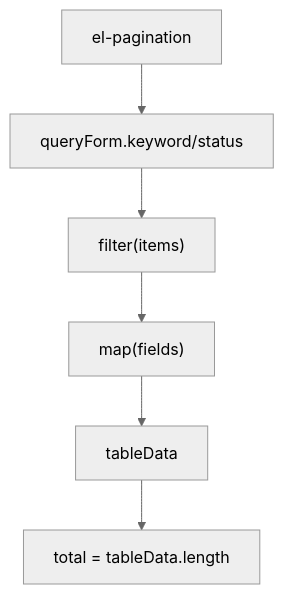
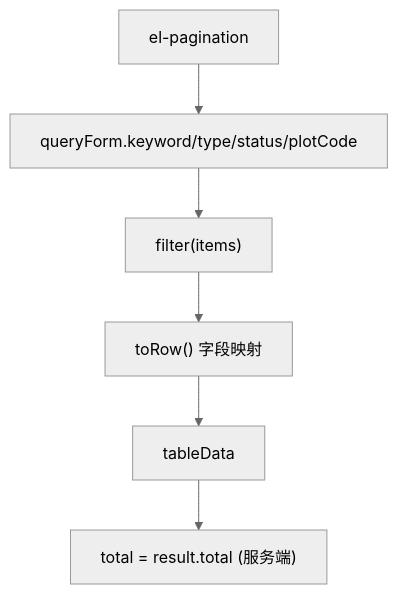
One commit to q446328246/agri-platform changed the seventh of 9 diagrams in .qoder/repowiki/zh/content/前端应用文档/核心页面/设备监控页面/设备列表页面.md. Above: the diagram before and after it, drawn with Mermaid (neutral theme). The commit also changed other lines of this file and 39 other files, not shown here.

````diff
--- a/.qoder/repowiki/zh/content/前端应用文档/核心页面/设备监控页面/设备列表页面.md
+++ b/.qoder/repowiki/zh/content/前端应用文档/核心页面/设备监控页面/设备列表页面.md
@@ -228,8 +309,8 @@
 ```mermaid
 flowchart TD
-Q["queryForm.keyword/status"] --> F["filter(items)"]
-F --> M["map(fields)"]
+Q["queryForm.keyword/type/status/plotCode"] --> F["filter(items)"]
+F --> M["toRow() 字段映射"]
 M --> D["tableData"]
 P["el-pagination"] --> Q
-D --> T["total = tableData.length"]
+D --> T["total = result.total (服务端)"]
 ```
````
